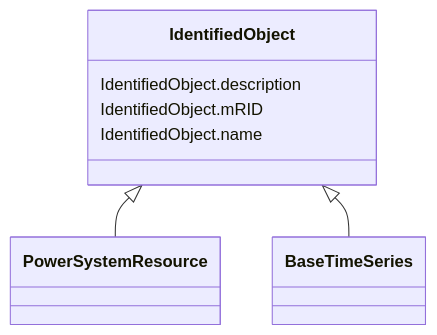
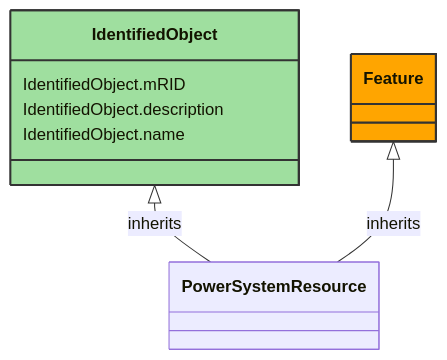
Before and after one commit to 3lbits/NoCIMExtensions: the diagram in docs/WattApp/IdentifiedObject.md, drawn with Mermaid. The commit also changed other lines of this file and 60 other files, not shown here.

````diff
--- a/docs/WattApp/IdentifiedObject.md
+++ b/docs/WattApp/IdentifiedObject.md
@@ -18,17 +10,24 @@
 ```mermaid
- classDiagram
+classDiagram
     class IdentifiedObject
     click IdentifiedObject href "../IdentifiedObject"
-      IdentifiedObject <|-- PowerSystemResource
-        click PowerSystemResource href "../PowerSystemResource"
-      IdentifiedObject <|-- BaseTimeSeries
-        click BaseTimeSeries href "../BaseTimeSeries"
-      
-      IdentifiedObject : IdentifiedObject.description
-        
-      IdentifiedObject : IdentifiedObject.mRID
-        
-      IdentifiedObject : IdentifiedObject.name
-        
-      
+    style IdentifiedObject fill:#9fdf9f,stroke:#333,stroke-width:2px,rx:10,ry:10
+
+        IdentifiedObject <|-- PowerSystemResource : inherits
+            click IdentifiedObject href "../IdentifiedObject"
+            style IdentifiedObject rx:10,ry:10
+
+        PowerSystemResource
+            click PowerSystemResource href "../PowerSystemResource"
+            style PowerSystemResource rx:10,ry:10
+
+        Feature <|-- PowerSystemResource : inherits
+            click Feature href "../Feature"
+            style Feature fill:#FFA500,stroke:#333,stroke-width:2px,rx:10,ry:10
+
+
+
+        IdentifiedObject : IdentifiedObject.mRID
+        IdentifiedObject : IdentifiedObject.description
+        IdentifiedObject : IdentifiedObject.name
 ```
````
